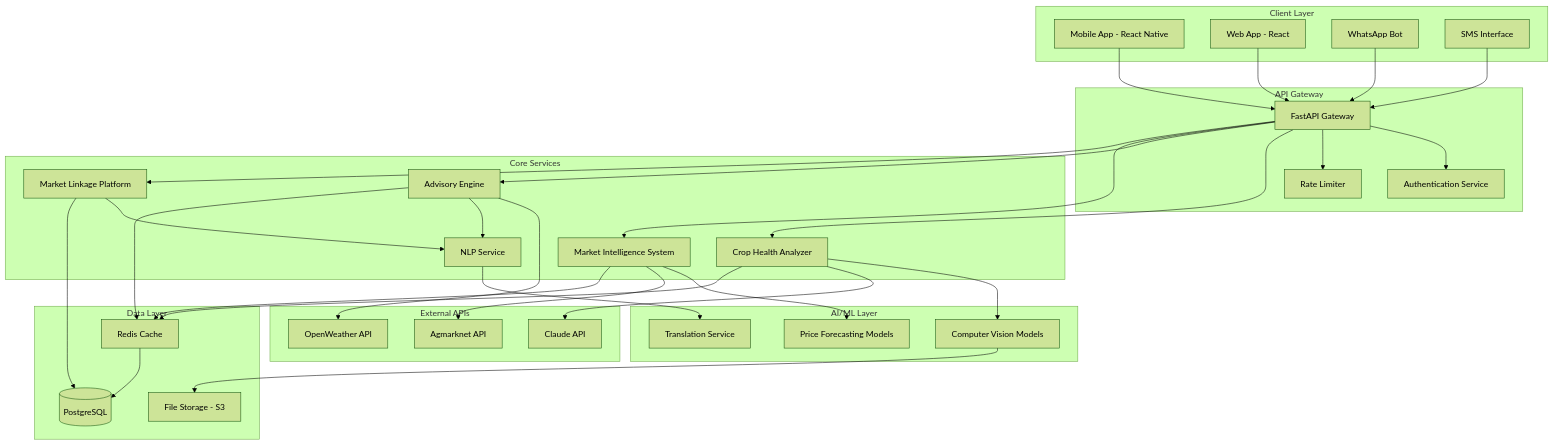
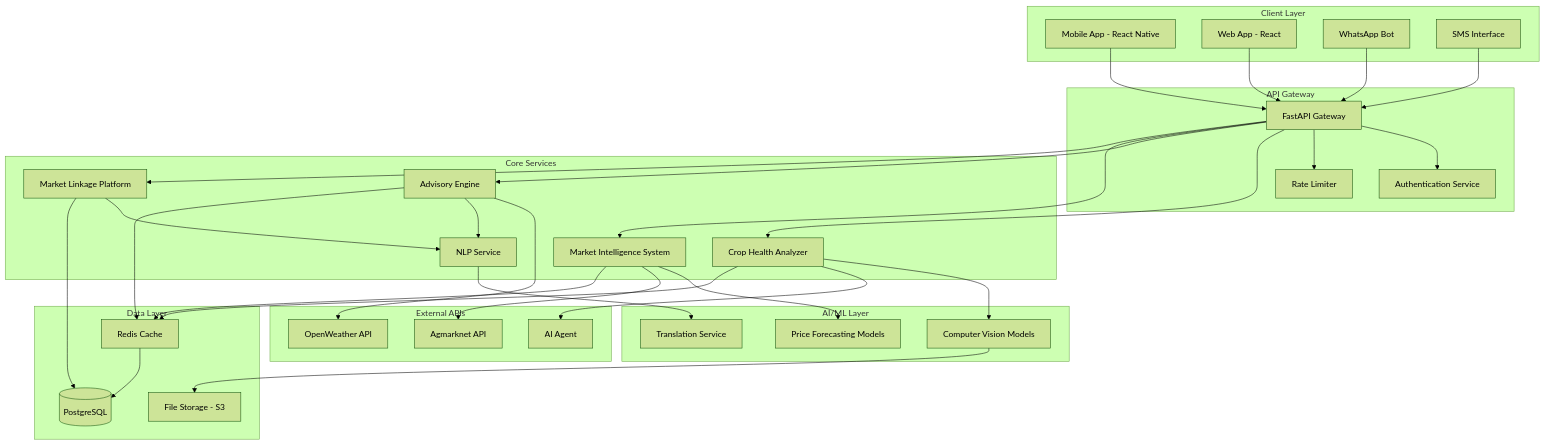
The diagram in .kiro/specs/krishi-mitra/design.md (sainath1420/krishi-mitra), drawn with Mermaid (forest theme) before and after one commit. The commit also changed other lines of this file and 1 other file, not shown here.

Commit message:
Update design and tasks documentation to replace references from Claude API to AI Agent for natural language processing and image analysis integration.

````diff
--- a/.kiro/specs/krishi-mitra/design.md
+++ b/.kiro/specs/krishi-mitra/design.md
@@ -13,71 +13,71 @@
 ```mermaid
 graph TB
     subgraph "Client Layer"
         MA[Mobile App - React Native]
         WA[Web App - React]
         WB[WhatsApp Bot]
         SMS[SMS Interface]
     end
     
     subgraph "API Gateway"
         AG[FastAPI Gateway]
         AUTH[Authentication Service]
         RATE[Rate Limiter]
     end
     
     subgraph "Core Services"
         CHA[Crop Health Analyzer]
         AE[Advisory Engine]
         MIS[Market Intelligence System]
         MLP[Market Linkage Platform]
         NLP[NLP Service]
     end
     
     subgraph "AI/ML Layer"
         CV[Computer Vision Models]
         FORECAST[Price Forecasting Models]
         TRANSLATE[Translation Service]
     end
     
     subgraph "Data Layer"
         CACHE[Redis Cache]
         DB[(PostgreSQL)]
         FILES[File Storage - S3]
     end
     
     subgraph "External APIs"
         AGMARK[Agmarknet API]
         WEATHER[OpenWeather API]
-        CLAUDE[Claude API]
+        AIAGENT[AI Agent]
     end
     
     MA --> AG
     WA --> AG
     WB --> AG
     SMS --> AG
     
     AG --> AUTH
     AG --> RATE
     AG --> CHA
     AG --> AE
     AG --> MIS
     AG --> MLP
     
     CHA --> CV
-    CHA --> CLAUDE
+    CHA --> AIAGENT
     AE --> WEATHER
     AE --> NLP
     MIS --> FORECAST
     MIS --> AGMARK
     MLP --> NLP
     
     CV --> FILES
     NLP --> TRANSLATE
     
     CHA --> CACHE
     AE --> CACHE
     MIS --> CACHE
     MLP --> DB
     
     CACHE --> DB
 ```
````
